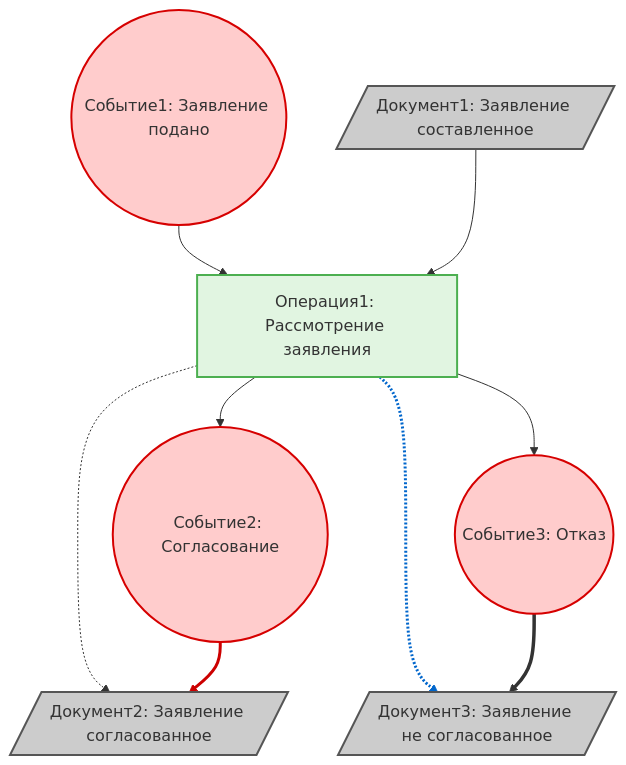
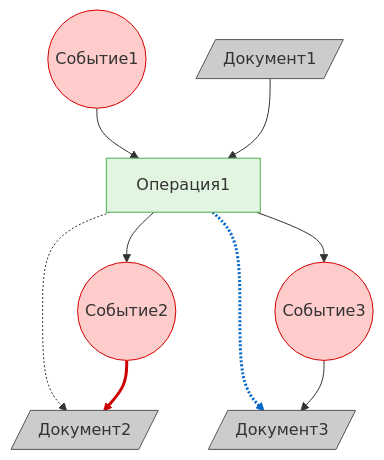
Before and after one commit to bpmbpm/doc: the sixth of 6 diagrams in METAMODEL/PROCESS/EPC/epc_rdf-star_v1.md, drawn with Mermaid. The commit also changed other lines of this file, not shown here.

````diff
--- a/METAMODEL/PROCESS/EPC/epc_rdf-star_v1.md
+++ b/METAMODEL/PROCESS/EPC/epc_rdf-star_v1.md
@@ -420,37 +425,30 @@
 ```mermaid
 graph TB
-    A(("Событие1: Заявление подано"))
-    B["Операция1: Рассмотрение заявления"]
-    C(("Событие2: Согласование"))
-    D(("Событие3: Отказ"))
+    A(("Событие1"))
+    B[Операция1]
+    C(("Событие2"))
+    D(("Событие3"))
+    E[/Документ1/]
+    F[/Документ2/]
+    G[/Документ3/]
     
-    E[/"Документ1: Заявление составленное"/]
-    F[/"Документ2: Заявление согласованное"/]
-    G[/"Документ3: Заявление не согласованное"/]
-    
-    %% Процессные связи
     A --> B
+    E --> B
     B --> C
     B --> D
-    
-    %% Документные связи
-    E --> B
     B -.-> F
     B -.-> G
+    C --> F
+    D --> G
     
-    %% Связи валидации (толстые линии)
-    C ==> F
-    D ==> G
-    
-    %% Подписи для связей валидации
     linkStyle 5 stroke:#0066cc,stroke-width:3px
     linkStyle 6 stroke:#cc0000,stroke-width:3px
     
-    classDef event fill:#ffcccc,stroke:#d60000,stroke-width:2px
-    classDef function fill:#e1f5e1,stroke:#4caf50,stroke-width:2px
-    classDef document fill:#cccccc,stroke:#555,stroke-width:2px
+    classDef event fill:#ffcccc,stroke:#d60000
+    classDef function fill:#e1f5e1,stroke:#4caf50
+    classDef document fill:#cccccc,stroke:#555
     
     class A,C,D event
     class B function
     class E,F,G document
 ```
````
